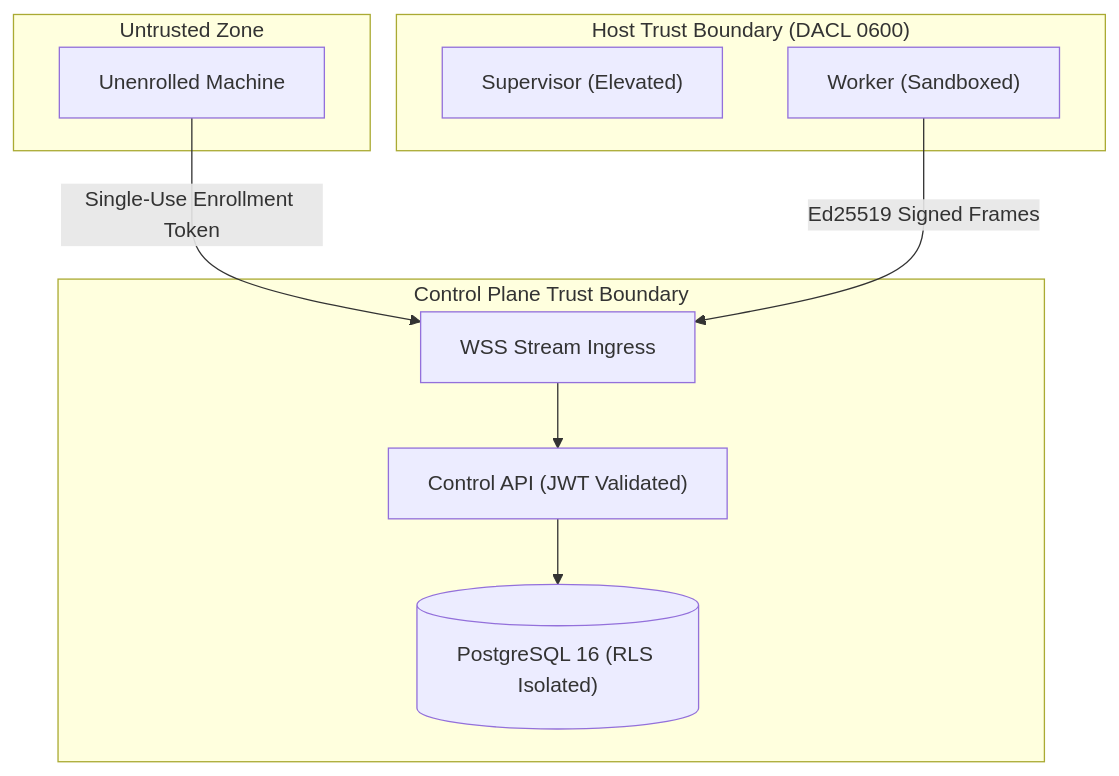
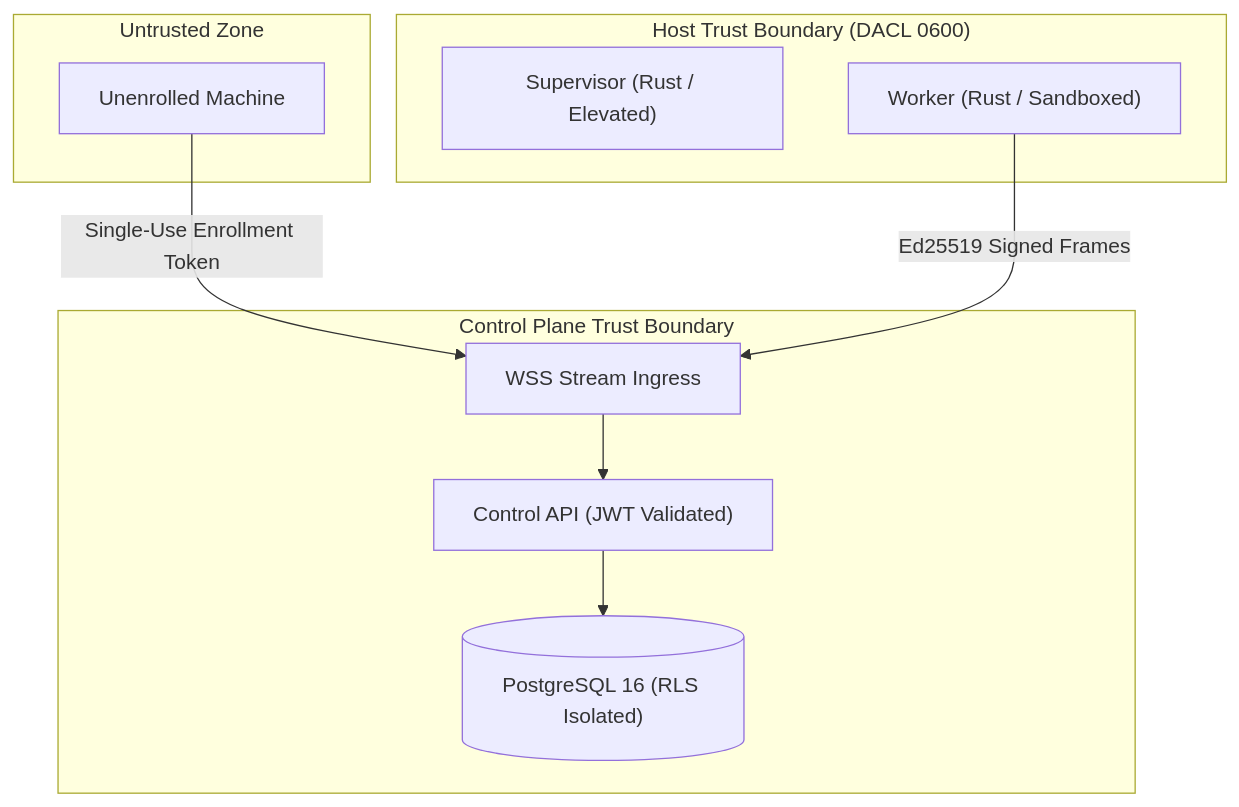
One commit to Subhadip-Paul2006/NETRA-Backend changed the tenth of 10 diagrams in docs/ARCHITECTURE.md. Above: the diagram before and after it, drawn with Mermaid. The commit also changed other lines of this file and 13 other files, not shown here.

Commit message:
docs: finalize Rust-first systems architecture lock across all 16 specifications

````diff
--- a/docs/ARCHITECTURE.md
+++ b/docs/ARCHITECTURE.md
@@ -221,22 +261,22 @@
 ```mermaid
 flowchart TD
     subgraph Unauthenticated["Untrusted Zone"]
         UnenrolledHost["Unenrolled Machine"]
     end
 
     subgraph HostDACL["Host Trust Boundary (DACL 0600)"]
-        Supervisor["Supervisor (Elevated)"]
-        Worker["Worker (Sandboxed)"]
+        Supervisor["Supervisor (Rust / Elevated)"]
+        Worker["Worker (Rust / Sandboxed)"]
     end
 
     subgraph CloudBoundary["Control Plane Trust Boundary"]
         WSS["WSS Stream Ingress"]
         API["Control API (JWT Validated)"]
         DB[("PostgreSQL 16 (RLS Isolated)")]
     end
 
     UnenrolledHost -->|Single-Use Enrollment Token| WSS
     Worker -->|Ed25519 Signed Frames| WSS
     WSS --> API
     API --> DB
 ```
````
